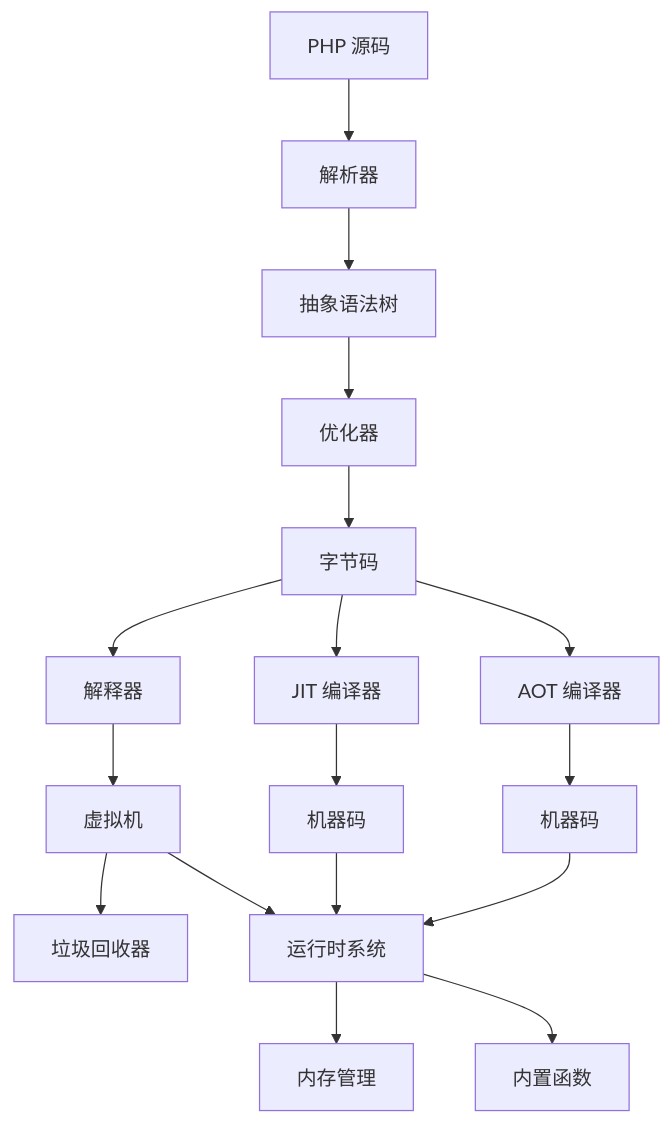
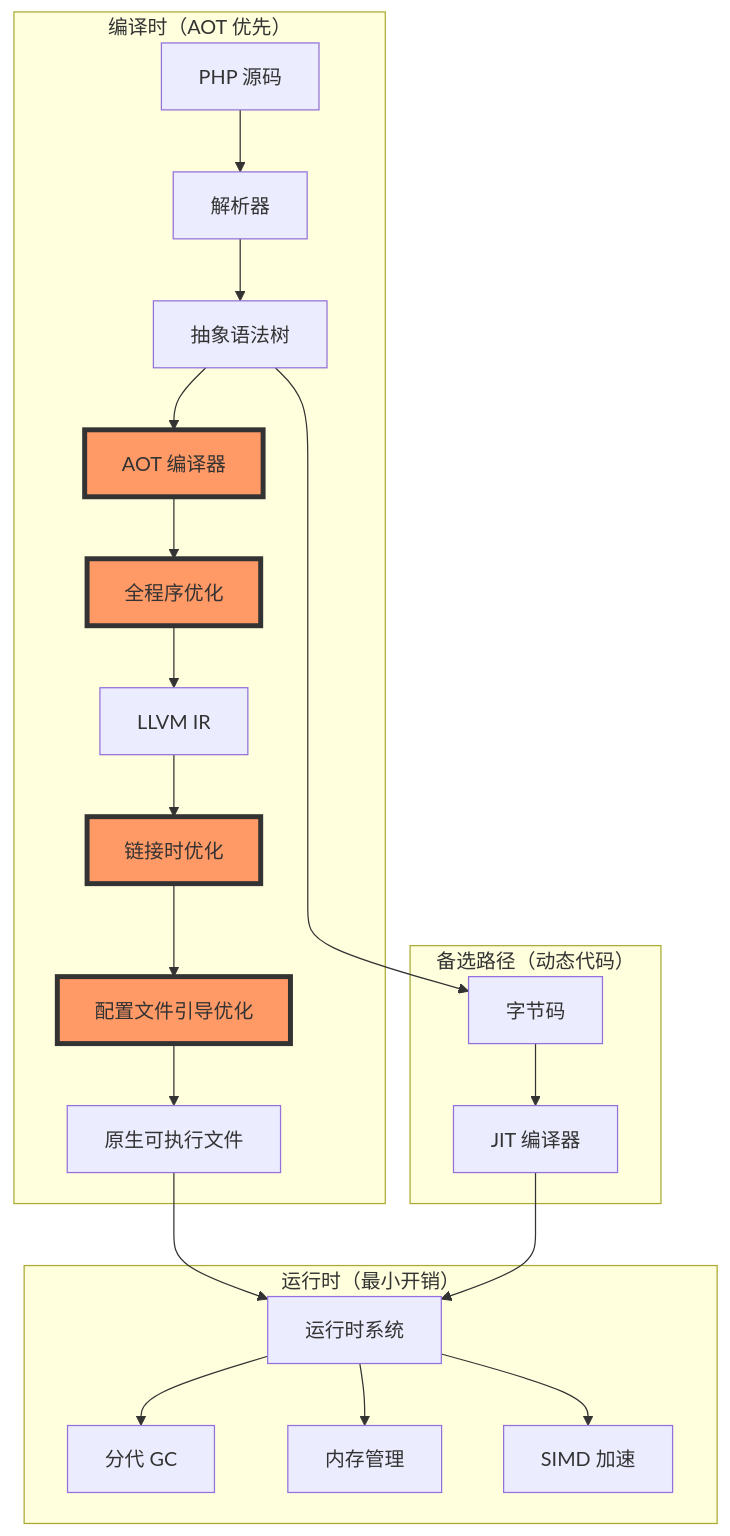
Before and after one commit to xiusin/ai-zig-php-parser: the first of 2 diagrams in zig-php-parser/.kiro/specs/advanced-compiler-optimization/design.md, drawn with Mermaid. The commit also changed other lines of this file and 4 other files, not shown here.

First line of the commit message:
docs(specs): Update AOT-first optimization strategy and architecture design

````diff
--- a/zig-php-parser/.kiro/specs/advanced-compiler-optimization/design.md
+++ b/zig-php-parser/.kiro/specs/advanced-compiler-optimization/design.md
@@ -20,24 +36,32 @@
 ```mermaid
 graph TB
-    Source[PHP 源码] --> Parser[解析器]
-    Parser --> AST[抽象语法树]
-    AST --> Optimizer[优化器]
-    Optimizer --> Bytecode[字节码]
+    subgraph "编译时（AOT 优先）"
+        Source[PHP 源码] --> Parser[解析器]
+        Parser --> AST[抽象语法树]
+        AST --> AOT[AOT 编译器]
+        
+        AOT --> WPO[全程序优化]
+        WPO --> IR[LLVM IR]
+        IR --> LTO[链接时优化]
+        LTO --> PGO[配置文件引导优化]
+        PGO --> Native[原生可执行文件]
+    end
     
-    Bytecode --> Interpreter[解释器]
-    Bytecode --> JIT[JIT 编译器]
-    Bytecode --> AOT[AOT 编译器]
+    subgraph "运行时（最小开销）"
+        Native --> Runtime[运行时系统]
+        Runtime --> GC[分代 GC]
+        Runtime --> Memory[内存管理]
+        Runtime --> SIMD[SIMD 加速]
+    end
     
-    Interpreter --> VM[虚拟机]
-    JIT --> NativeCode1[机器码]
-    AOT --> NativeCode2[机器码]
+    subgraph "备选路径（动态代码）"
+        AST --> Bytecode[字节码]
+        Bytecode --> JIT[JIT 编译器]
+        JIT --> Runtime
+    end
     
-    VM --> GC[垃圾回收器]
-    VM --> Runtime[运行时系统]
-    
-    NativeCode1 --> Runtime
-    NativeCode2 --> Runtime
-    
-    Runtime --> Memory[内存管理]
-    Runtime --> Builtin[内置函数]
+    style AOT fill:#f96,stroke:#333,stroke-width:4px
+    style WPO fill:#f96,stroke:#333,stroke-width:4px
+    style LTO fill:#f96,stroke:#333,stroke-width:4px
+    style PGO fill:#f96,stroke:#333,stroke-width:4px
 ```
````
